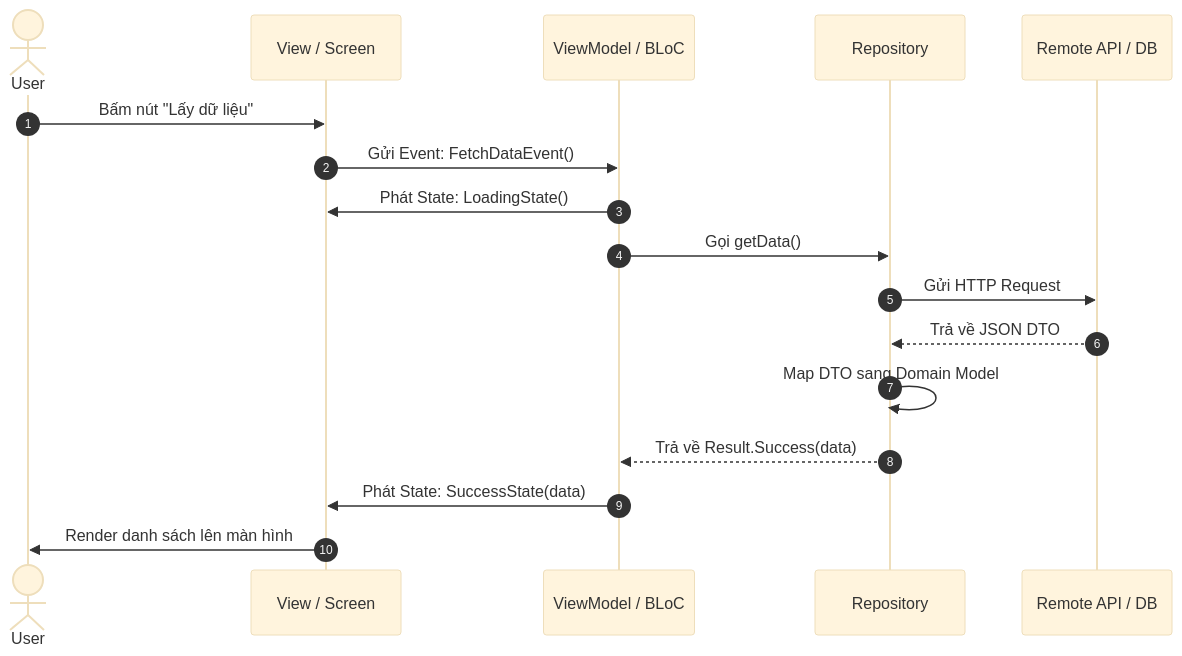
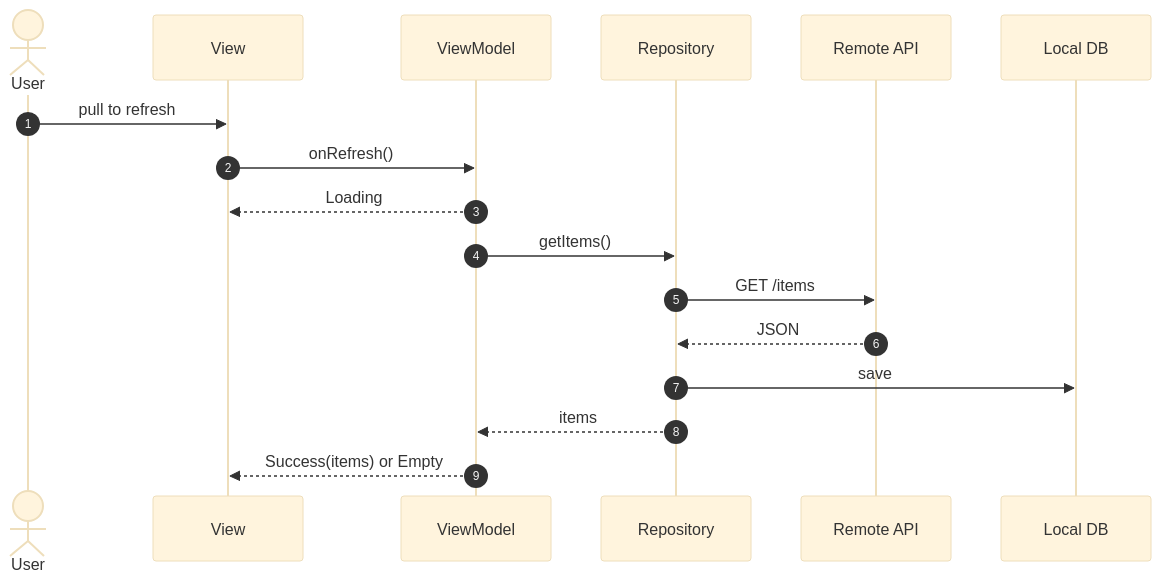
One commit to hungdn1701/mobile-app-starter changed the second of 3 diagrams in docs/architecture.md. Above: the diagram before and after it, drawn with Mermaid (base theme). The commit also changed other lines of this file and 28 other files, not shown here.

````diff
--- a/docs/architecture.md
+++ b/docs/architecture.md
@@ -41,20 +60,19 @@
 ```mermaid
 sequenceDiagram
     autonumber
     actor User
-    participant View as View / Screen
-    participant VM as ViewModel / BLoC
+    participant View
+    participant VM as ViewModel
     participant Repo as Repository
-    participant API as Remote API / DB
-
-    User->>View: Bấm nút "Lấy dữ liệu"
-    View->>VM: Gửi Event: FetchDataEvent()
-    VM->>View: Phát State: LoadingState()
-    VM->>Repo: Gọi getData()
-    Repo->>API: Gửi HTTP Request
-    API-->>Repo: Trả về JSON DTO
-    Repo->>Repo: Map DTO sang Domain Model
-    Repo-->>VM: Trả về Result.Success(data)
-    VM->>View: Phát State: SuccessState(data)
-    View->>User: Render danh sách lên màn hình
+    participant API as Remote API
+    participant DB as Local DB
+    User->>View: pull to refresh
+    View->>VM: onRefresh()
+    VM-->>View: Loading
+    VM->>Repo: getItems()
+    Repo->>API: GET /items
+    API-->>Repo: JSON
+    Repo->>DB: save
+    Repo-->>VM: items
+    VM-->>View: Success(items) or Empty
 ```
````
